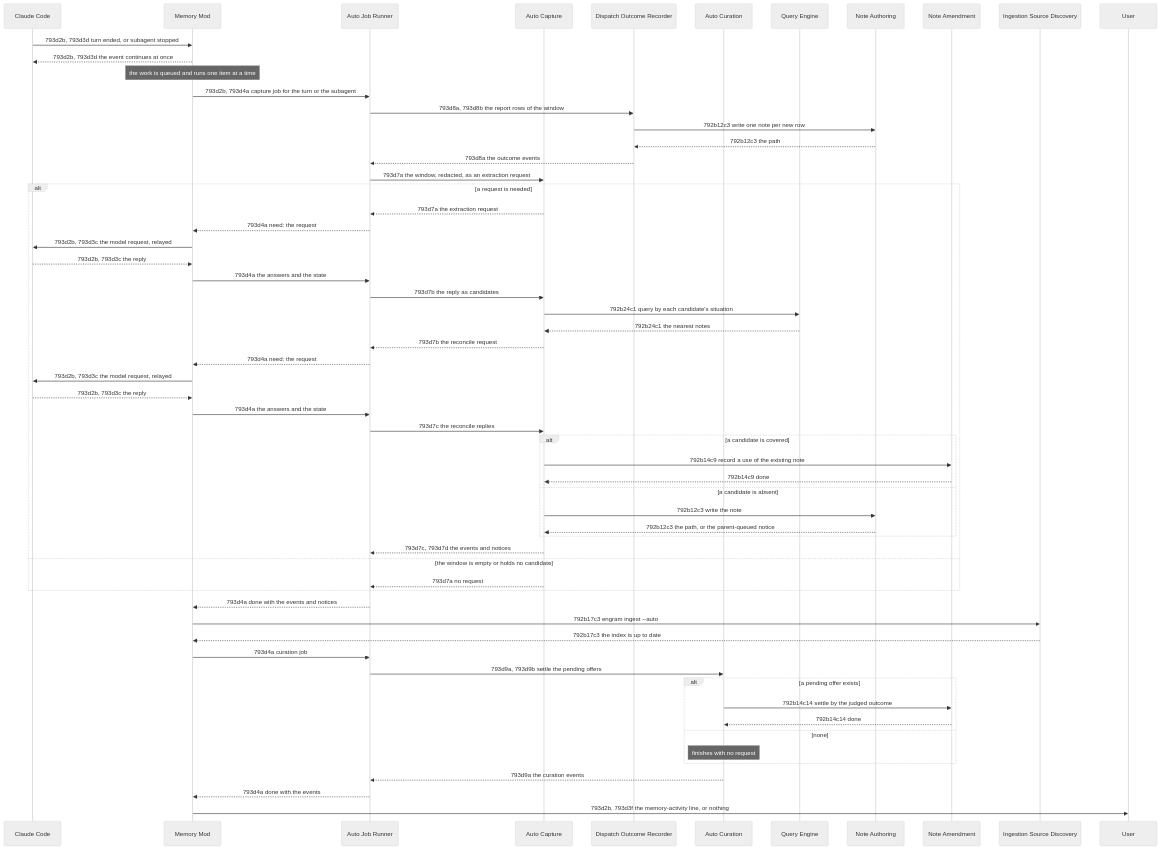
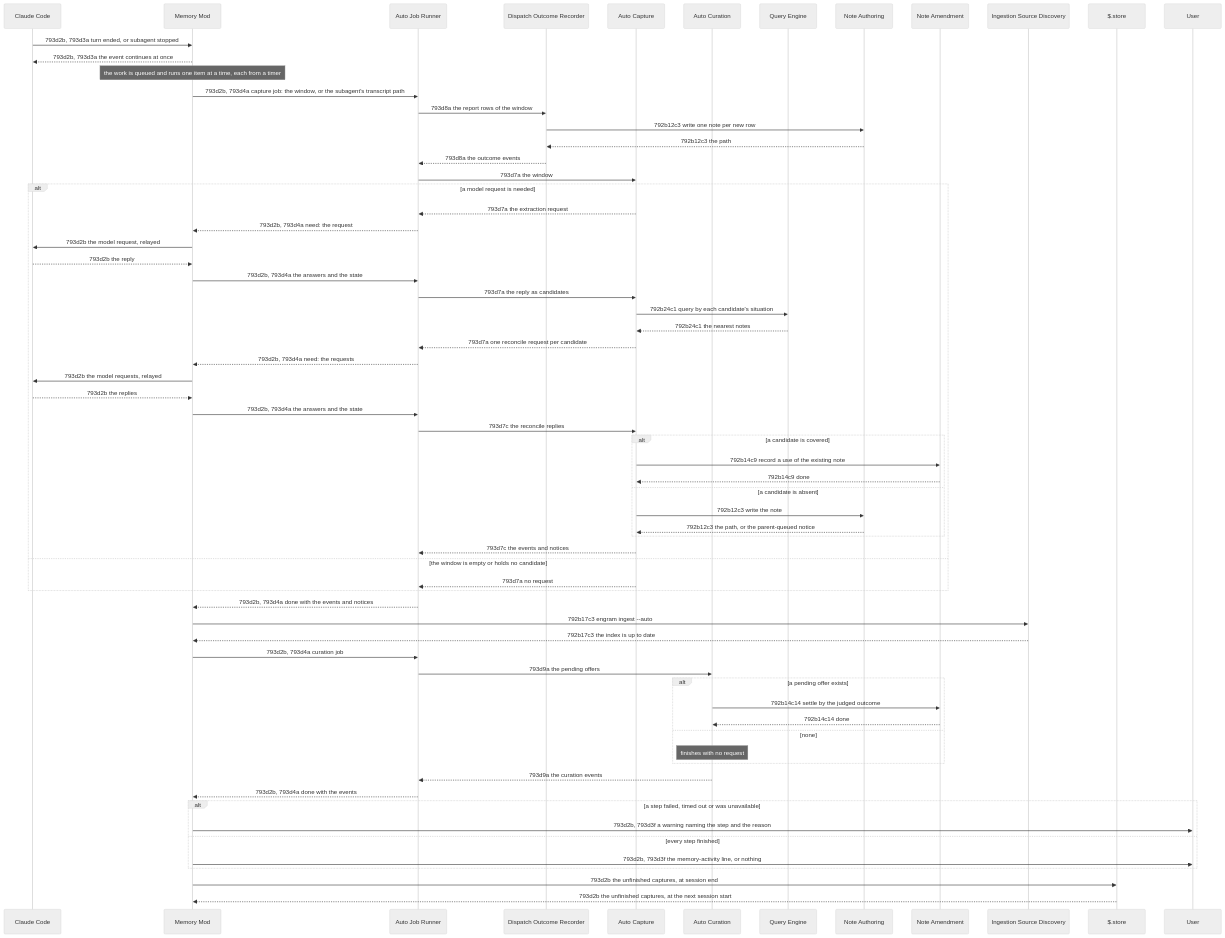
Before and after one commit to toejough/engram: the second of 2 diagrams in docs/changes/793_parallel-memory-agent/793d_technical-spec.md, drawn with Mermaid (neutral theme). The commit also changed other lines of this file and 2 other files, not shown here.

````diff
--- a/docs/changes/793_parallel-memory-agent/793d_technical-spec.md
+++ b/docs/changes/793_parallel-memory-agent/793d_technical-spec.md
@@ -175,64 +134,71 @@
 ```mermaid
 sequenceDiagram
     participant CC as Claude Code
     participant Mod as Memory Mod
     participant Run as Auto Job Runner
+    participant Out as Dispatch Outcome Recorder
     participant Cap as Auto Capture
-    participant Out as Dispatch Outcome Recorder
     participant Cur as Auto Curation
     participant Qry as Query Engine
     participant Aut as Note Authoring
     participant Amd as Note Amendment
     participant Ing as Ingestion Source Discovery
+    participant Sto as $.store
     participant User as User
 
-    CC->>Mod: 793d2b, 793d3d turn ended, or subagent stopped
-    Mod-->>CC: 793d2b, 793d3d the event continues at once
-    Note over Mod: the work is queued and runs one item at a time
-    Mod->>Run: 793d2b, 793d4a capture job for the turn or the subagent
-    Run->>Out: 793d8a, 793d8b the report rows of the window
+    CC->>Mod: 793d2b, 793d3a turn ended, or subagent stopped
+    Mod-->>CC: 793d2b, 793d3a the event continues at once
+    Note over Mod: the work is queued and runs one item at a time, each from a timer
+    Mod->>Run: 793d2b, 793d4a capture job: the window, or the subagent's transcript path
+    Run->>Out: 793d8a the report rows of the window
     Out->>Aut: 792b12c3 write one note per new row
     Aut-->>Out: 792b12c3 the path
     Out-->>Run: 793d8a the outcome events
-    Run->>Cap: 793d7a the window, redacted, as an extraction request
-    alt a request is needed
+    Run->>Cap: 793d7a the window
+    alt a model request is needed
         Cap-->>Run: 793d7a the extraction request
-        Run-->>Mod: 793d4a need: the request
-        Mod->>CC: 793d2b, 793d3c the model request, relayed
-        CC-->>Mod: 793d2b, 793d3c the reply
-        Mod->>Run: 793d4a the answers and the state
-        Run->>Cap: 793d7b the reply as candidates
+        Run-->>Mod: 793d2b, 793d4a need: the request
+        Mod->>CC: 793d2b the model request, relayed
+        CC-->>Mod: 793d2b the reply
+        Mod->>Run: 793d2b, 793d4a the answers and the state
+        Run->>Cap: 793d7a the reply as candidates
         Cap->>Qry: 792b24c1 query by each candidate's situation
         Qry-->>Cap: 792b24c1 the nearest notes
-        Cap-->>Run: 793d7b the reconcile request
-        Run-->>Mod: 793d4a need: the request
-        Mod->>CC: 793d2b, 793d3c the model request, relayed
-        CC-->>Mod: 793d2b, 793d3c the reply
-        Mod->>Run: 793d4a the answers and the state
+        Cap-->>Run: 793d7a one reconcile request per candidate
+        Run-->>Mod: 793d2b, 793d4a need: the requests
+        Mod->>CC: 793d2b the model requests, relayed
+        CC-->>Mod: 793d2b the replies
+        Mod->>Run: 793d2b, 793d4a the answers and the state
         Run->>Cap: 793d7c the reconcile replies
         alt a candidate is covered
             Cap->>Amd: 792b14c9 record a use of the existing note
             Amd-->>Cap: 792b14c9 done
         else a candidate is absent
             Cap->>Aut: 792b12c3 write the note
             Aut-->>Cap: 792b12c3 the path, or the parent-queued notice
         end
-        Cap-->>Run: 793d7c, 793d7d the events and notices
+        Cap-->>Run: 793d7c the events and notices
     else the window is empty or holds no candidate
         Cap-->>Run: 793d7a no request
     end
-    Run-->>Mod: 793d4a done with the events and notices
+    Run-->>Mod: 793d2b, 793d4a done with the events and notices
     Mod->>Ing: 792b17c3 engram ingest --auto
     Ing-->>Mod: 792b17c3 the index is up to date
-    Mod->>Run: 793d4a curation job
-    Run->>Cur: 793d9a, 793d9b settle the pending offers
+    Mod->>Run: 793d2b, 793d4a curation job
+    Run->>Cur: 793d9a the pending offers
     alt a pending offer exists
         Cur->>Amd: 792b14c14 settle by the judged outcome
         Amd-->>Cur: 792b14c14 done
     else none
         Note over Cur: finishes with no request
     end
     Cur-->>Run: 793d9a the curation events
-    Run-->>Mod: 793d4a done with the events
-    Mod->>User: 793d2b, 793d3f the memory-activity line, or nothing
+    Run-->>Mod: 793d2b, 793d4a done with the events
+    alt a step failed, timed out or was unavailable
+        Mod->>User: 793d2b, 793d3f a warning naming the step and the reason
+    else every step finished
+        Mod->>User: 793d2b, 793d3f the memory-activity line, or nothing
+    end
+    Mod->>Sto: 793d2b the unfinished captures, at session end
+    Sto-->>Mod: 793d2b the unfinished captures, at the next session start
 ```
````
